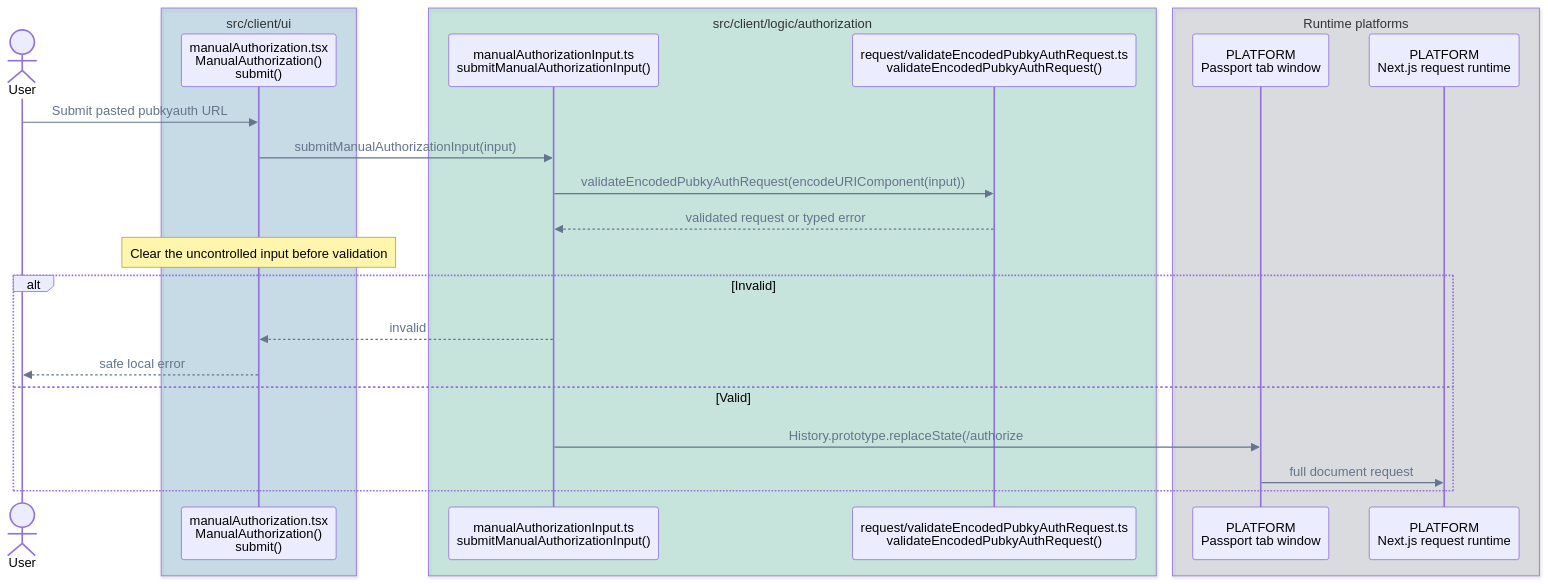
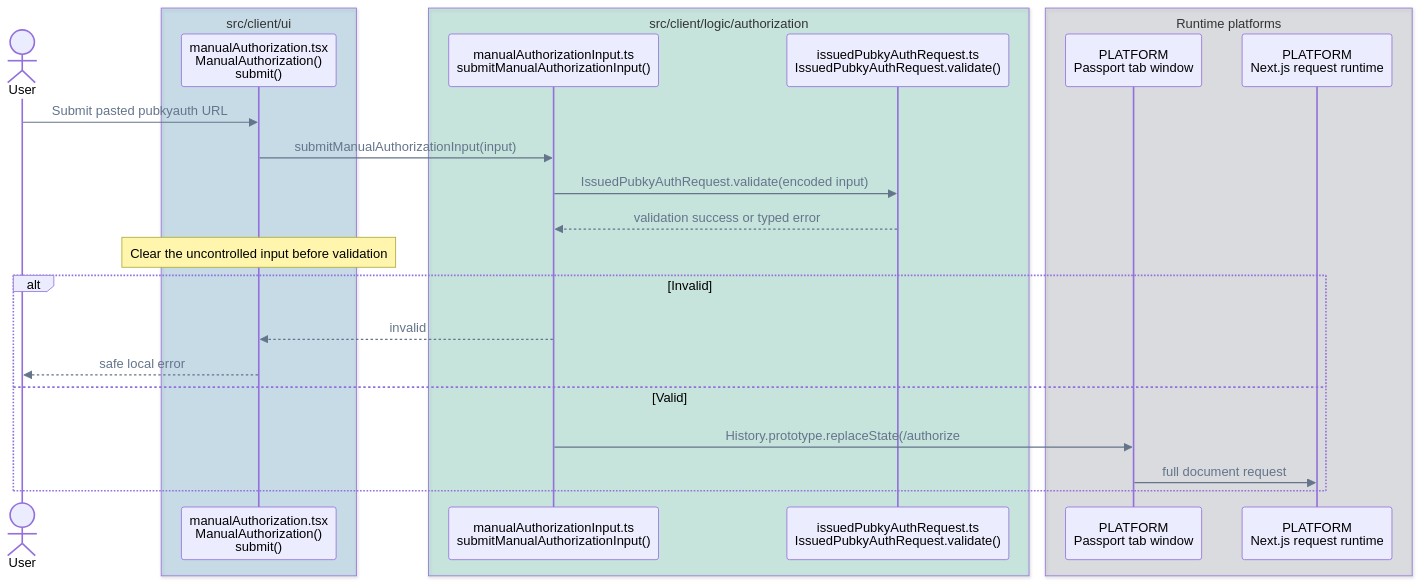
Before and after one commit to pubky/pubky-passport: the fourth of 14 diagrams in FLOWS.md, drawn with Mermaid. The commit also changed other lines of this file and 44 other files, not shown here.

````diff
--- a/FLOWS.md
+++ b/FLOWS.md
@@ -158,31 +156,31 @@
 ```mermaid
 %%{init: {"themeVariables": {"signalColor": "#64748B", "signalTextColor": "#64748B"}}}%%
 sequenceDiagram
     accTitle: Manual authorization call flow
     accDescr: The form validates and clears a pasted request before either showing a safe error or starting a full authorization document navigation.
     actor User
     box rgba(0, 114, 178, 0.18) src/client/ui
         participant Form as manualAuthorization.tsx<br/>ManualAuthorization()<br/>submit()
     end
     box rgba(0, 158, 115, 0.18) src/client/logic/authorization
         participant ManualInput as manualAuthorizationInput.ts<br/>submitManualAuthorizationInput()
-        participant Parser as request/validateEncodedPubkyAuthRequest.ts<br/>validateEncodedPubkyAuthRequest()
+        participant Request as issuedPubkyAuthRequest.ts<br/>IssuedPubkyAuthRequest.validate()
     end
     box rgba(107, 114, 128, 0.18) Runtime platforms
         participant Window as PLATFORM<br/>Passport tab window
         participant Next as PLATFORM<br/>Next.js request runtime
     end
 
     User->>Form: Submit pasted pubkyauth URL
     Form->>ManualInput: submitManualAuthorizationInput(input)
-    ManualInput->>Parser: validateEncodedPubkyAuthRequest(encodeURIComponent(input))
-    Parser-->>ManualInput: validated request or typed error
+    ManualInput->>Request: IssuedPubkyAuthRequest.validate(encoded input)
+    Request-->>ManualInput: validation success or typed error
     Note over Form: Clear the uncontrolled input before validation
     alt Invalid
         ManualInput-->>Form: invalid
         Form-->>User: safe local error
     else Valid
         ManualInput->>Window: History.prototype.replaceState(/authorize#d=...) + reload
         Window->>Next: full document request
     end
 ```
````
